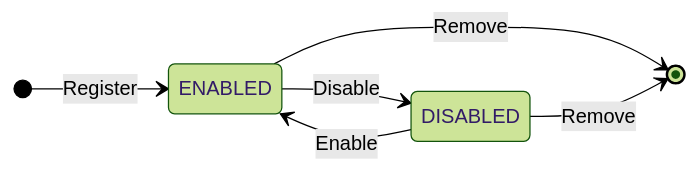
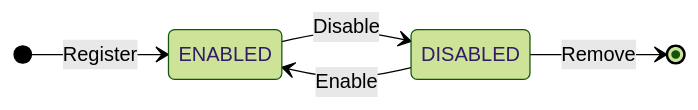
One commit to yuno-payments/yuno-docs changed the diagram in reference/pci-proxy/destination-status.mdx. Above: the diagram before and after it, drawn with Mermaid (forest theme). The commit also changed other lines of this file, not shown here.

First line of the commit message:
docs(pci-proxy): simplify state diagram to a clean linear lifecycle

````diff
--- a/reference/pci-proxy/destination-status.mdx
+++ b/reference/pci-proxy/destination-status.mdx
@@ -9,9 +9,8 @@
 ```mermaid
 stateDiagram-v2
   direction LR
   [*] --> ENABLED: Register
   ENABLED --> DISABLED: Disable
   DISABLED --> ENABLED: Enable
-  ENABLED --> [*]: Remove
   DISABLED --> [*]: Remove
 ```
````
